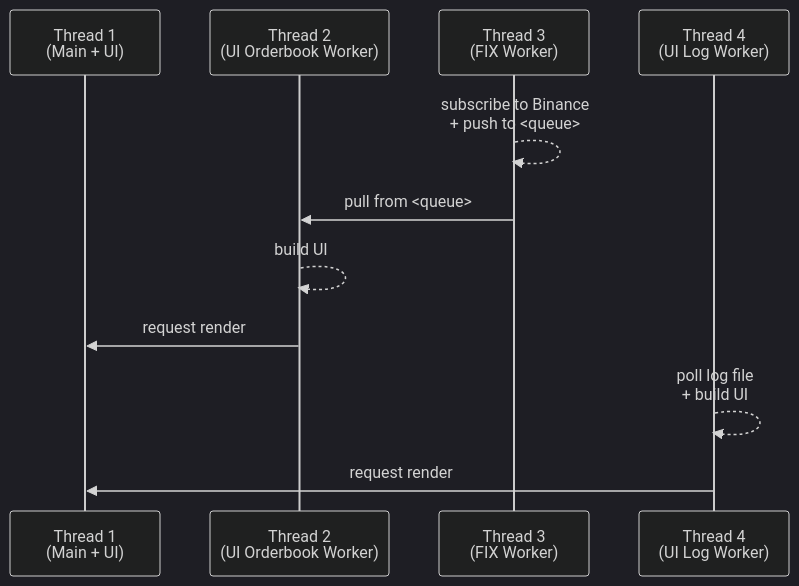
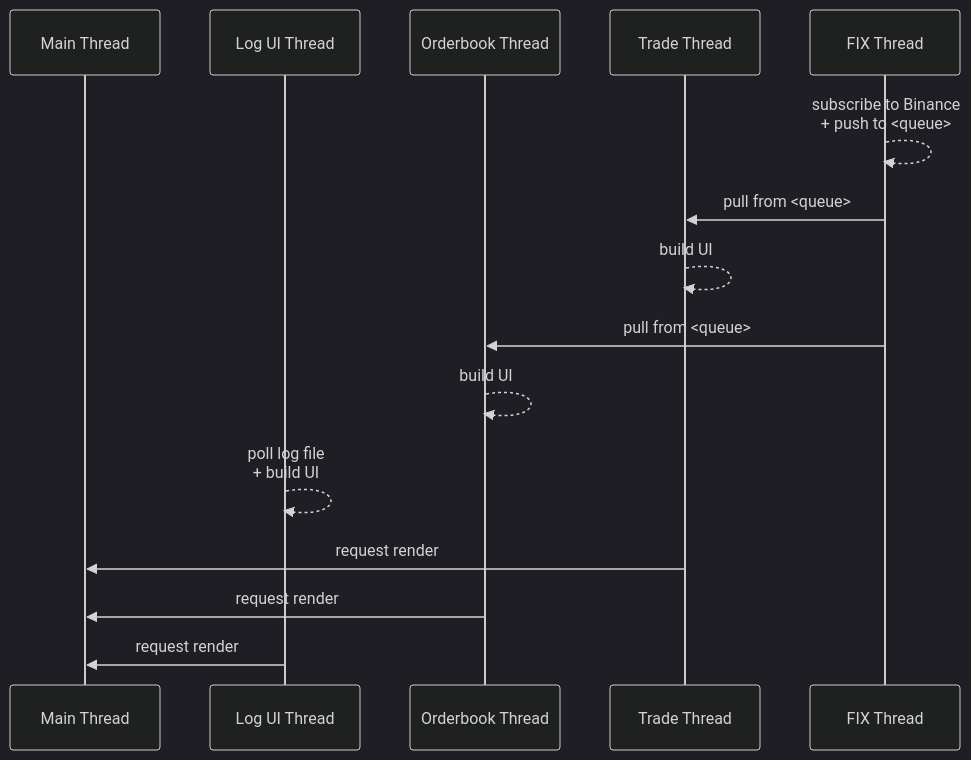
One commit to milsanore/trader.cpp changed the diagram in README.md. Above: the diagram before and after it, drawn with Mermaid (dark theme). The commit also changed other lines of this file and 12 other files, not shown here.

````diff
--- a/README.md
+++ b/README.md
@@ -190,14 +192,22 @@
 ```mermaid
 sequenceDiagram
-    participant TM as Thread 1<br>(Main + UI)
-    participant TO as Thread 2<br>(UI Orderbook Worker)
-    participant TF as Thread 3<br>(FIX Worker)
-    participant TL as Thread 4<br>(UI Log Worker)
+    participant MAIN    as Main Thread
+    participant LOGS    as Log UI Thread
+    participant BOOK    as Orderbook Thread
+    participant TRADES  as Trade Thread
+    participant FIX     as FIX Thread
 
-    TF-->>TF: subscribe to Binance <br> + push to <queue>
-    TF->>TO: pull from <queue>
-    TO-->>TO: build UI
-    TO->>TM: request render
-    TL-->>TL: poll log file <br> + build UI
-    TL->>TM: request render
+    FIX-->>FIX: subscribe to Binance <br> + push to <queue>
+
+    FIX->>TRADES: pull from <queue>
+    TRADES-->>TRADES: build UI
+
+    FIX->>BOOK: pull from <queue>
+    BOOK-->>BOOK: build UI
+
+    LOGS-->>LOGS: poll log file <br> + build UI
+
+    TRADES->>MAIN: request render
+    BOOK->>MAIN: request render
+    LOGS->>MAIN: request render
 ```
````
